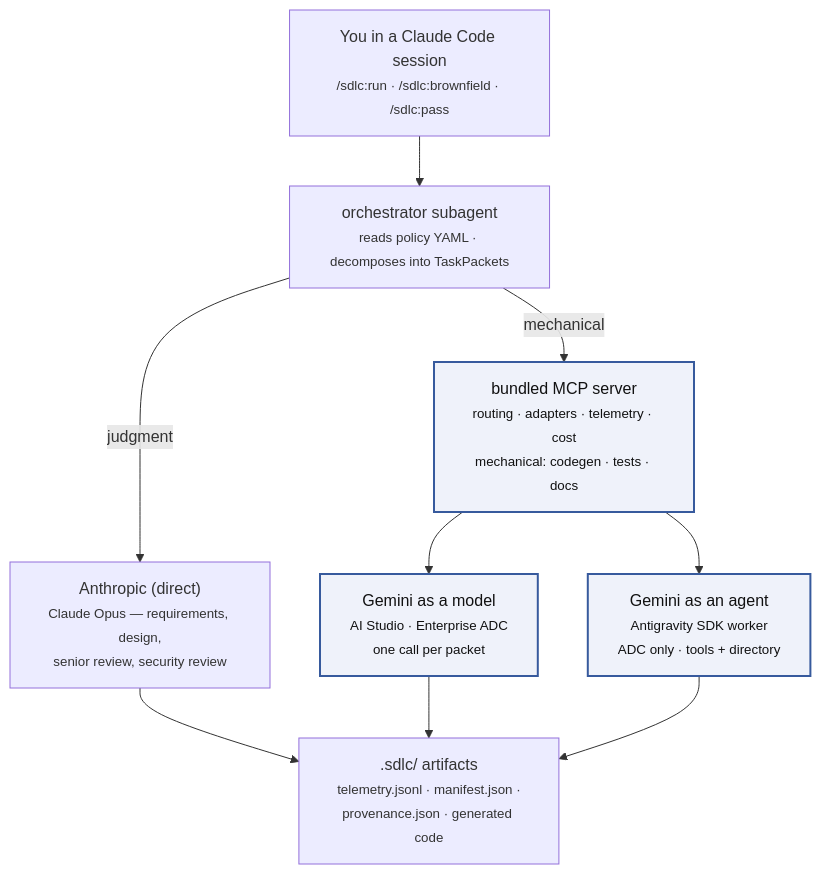
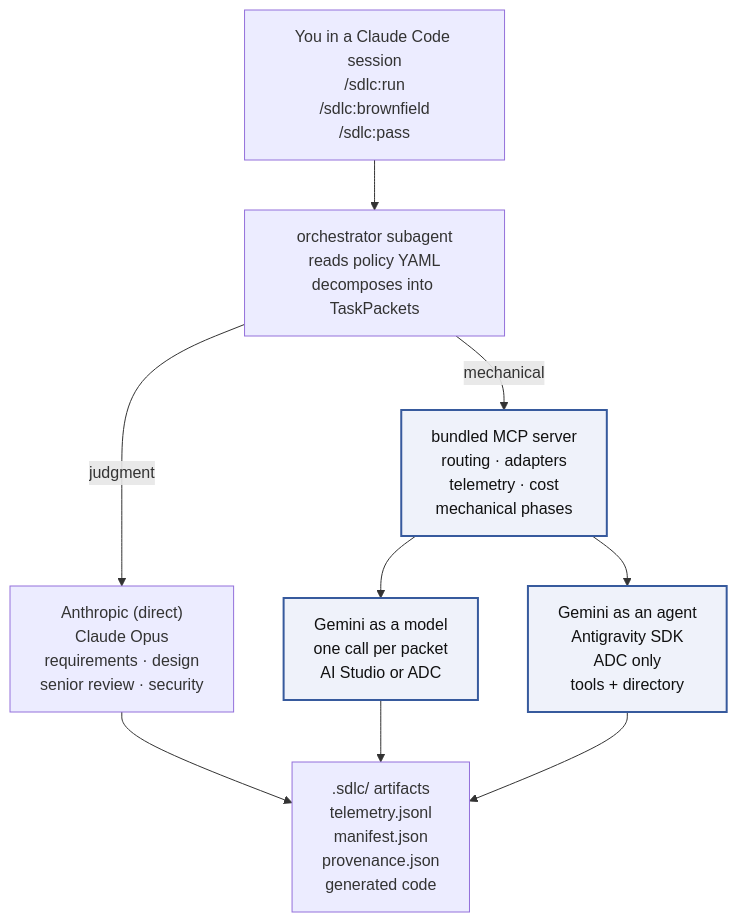
One commit to tl-ai-labs/ai-sdlc-orchestrator-claude-code-harness changed the diagram in README.md. Above: the diagram before and after it, drawn with Mermaid.

Commit message:
docs(readme): fix truncated labels in the architecture diagram
GitHub's mermaid renderer clipped the last few characters of several
labels ("Gemini as a mode", "one call per packe", etc.). Root cause:
<small> tags don't render reliably inside node labels — mermaid
computes box width from the raw label (treating the tags as
invisible) but renders the text at normal weight, so the rendered
text ends up wider than the box.

Drops every <small> tag, breaks long lines into shorter ones with
more <br/>. Every line is now short enough that no line pushes past
the box's calculated width.

````diff
--- a/README.md
+++ b/README.md
@@ -102,22 +102,22 @@
 ```mermaid
 flowchart TD
-    User["You in a Claude Code session<br/><small>/sdlc:run · /sdlc:brownfield · /sdlc:pass</small>"]
-    Orch["orchestrator subagent<br/><small>reads policy YAML · decomposes into TaskPackets</small>"]
-    Anthropic["Anthropic (direct)<br/><small>Claude Opus — requirements, design,<br/>senior review, security review</small>"]
-    MCP["bundled MCP server<br/><small>routing · adapters · telemetry · cost<br/>mechanical: codegen · tests · docs</small>"]
-    GemModel["Gemini as a model<br/><small>AI Studio · Enterprise ADC<br/>one call per packet</small>"]
-    GemAgent["Gemini as an agent<br/><small>Antigravity SDK worker<br/>ADC only · tools + directory</small>"]
-    Out[".sdlc/ artifacts<br/><small>telemetry.jsonl · manifest.json ·<br/>provenance.json · generated code</small>"]
+    User["You in a Claude Code session<br/>/sdlc:run<br/>/sdlc:brownfield<br/>/sdlc:pass"]
+    Orch["orchestrator subagent<br/>reads policy YAML<br/>decomposes into TaskPackets"]
+    Anthropic["Anthropic (direct)<br/>Claude Opus<br/>requirements · design<br/>senior review · security"]
+    MCP["bundled MCP server<br/>routing · adapters<br/>telemetry · cost<br/>mechanical phases"]
+    GemModel["Gemini as a model<br/>one call per packet<br/>AI Studio or ADC"]
+    GemAgent["Gemini as an agent<br/>Antigravity SDK<br/>ADC only<br/>tools + directory"]
+    Out[".sdlc/ artifacts<br/>telemetry.jsonl<br/>manifest.json<br/>provenance.json<br/>generated code"]
 
     User --> Orch
     Orch -->|judgment| Anthropic
     Orch -->|mechanical| MCP
     MCP --> GemModel
     MCP --> GemAgent
     Anthropic --> Out
     GemModel --> Out
     GemAgent --> Out
 
     classDef hero fill:#EFF2FA,stroke:#375A9D,stroke-width:2px,color:#111
     class MCP,GemModel,GemAgent hero
 ```
````
